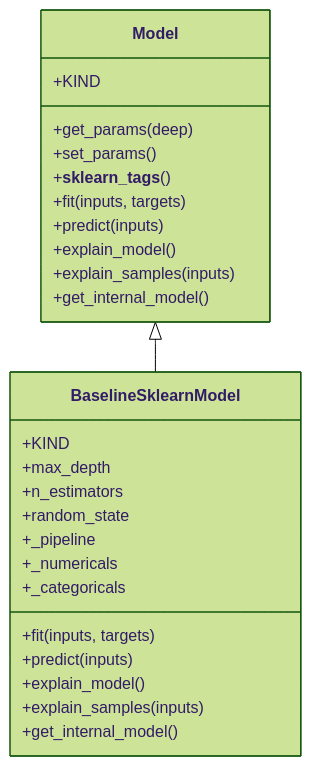
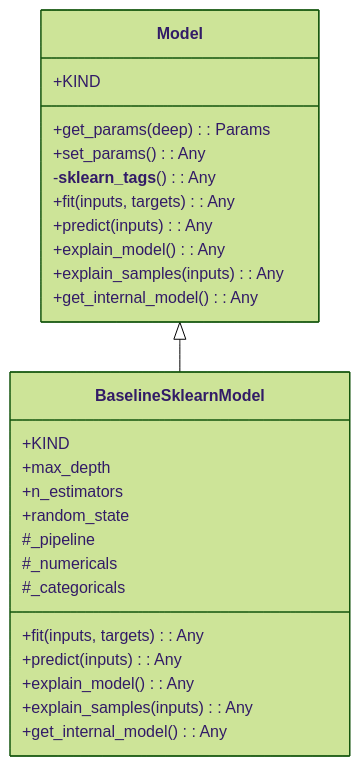
The first of 2 diagrams in wiki/models.md (lgcorzo/mlops-python-package), drawn with Mermaid (forest theme) before and after one commit. The commit also changed other lines of this file and 31 other files, not shown here.

````diff
--- a/wiki/models.md
+++ b/wiki/models.md
@@ -16,29 +16,29 @@
 ```mermaid
 classDiagram
     class Model {
         +KIND
-        +get_params(deep)
-        +set_params()
-        +__sklearn_tags__()
-        +fit(inputs, targets)
-        +predict(inputs)
-        +explain_model()
-        +explain_samples(inputs)
-        +get_internal_model()
+        +get_params(deep) : Params
+        +set_params() : Any
+        -__sklearn_tags__() : Any
+        +fit(inputs, targets) : Any
+        +predict(inputs) : Any
+        +explain_model() : Any
+        +explain_samples(inputs) : Any
+        +get_internal_model() : Any
     }
-    Model <|-- BaselineSklearnModel
     class BaselineSklearnModel {
         +KIND
         +max_depth
         +n_estimators
         +random_state
-        +_pipeline
-        +_numericals
-        +_categoricals
-        +fit(inputs, targets)
-        +predict(inputs)
-        +explain_model()
-        +explain_samples(inputs)
-        +get_internal_model()
+        #_pipeline
+        #_numericals
+        #_categoricals
+        +fit(inputs, targets) : Any
+        +predict(inputs) : Any
+        +explain_model() : Any
+        +explain_samples(inputs) : Any
+        +get_internal_model() : Any
     }
+    Model <|-- BaselineSklearnModel
 ```
````
